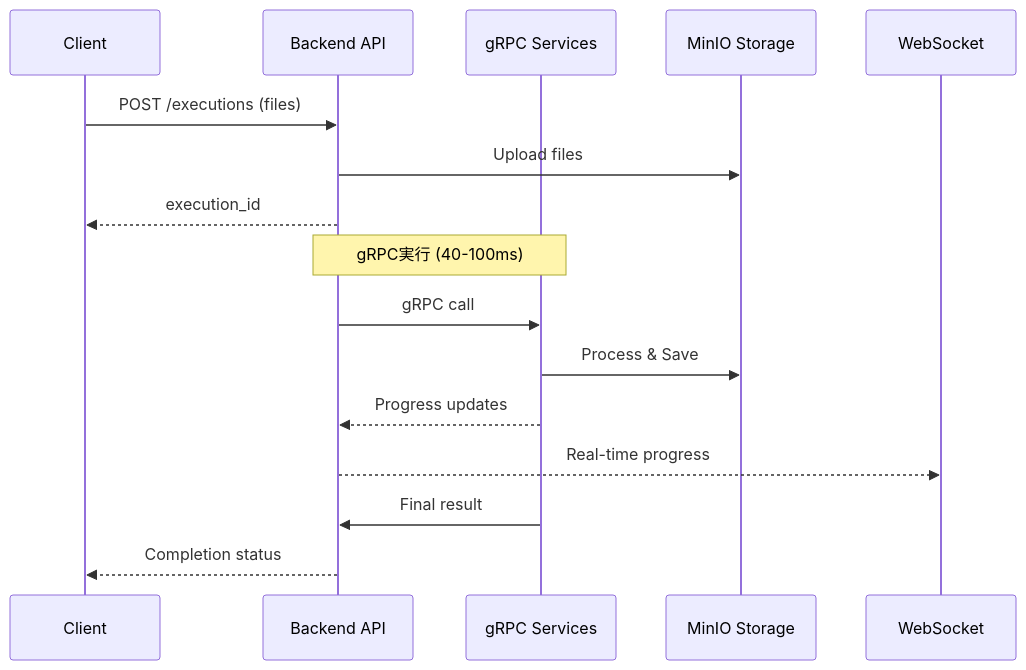
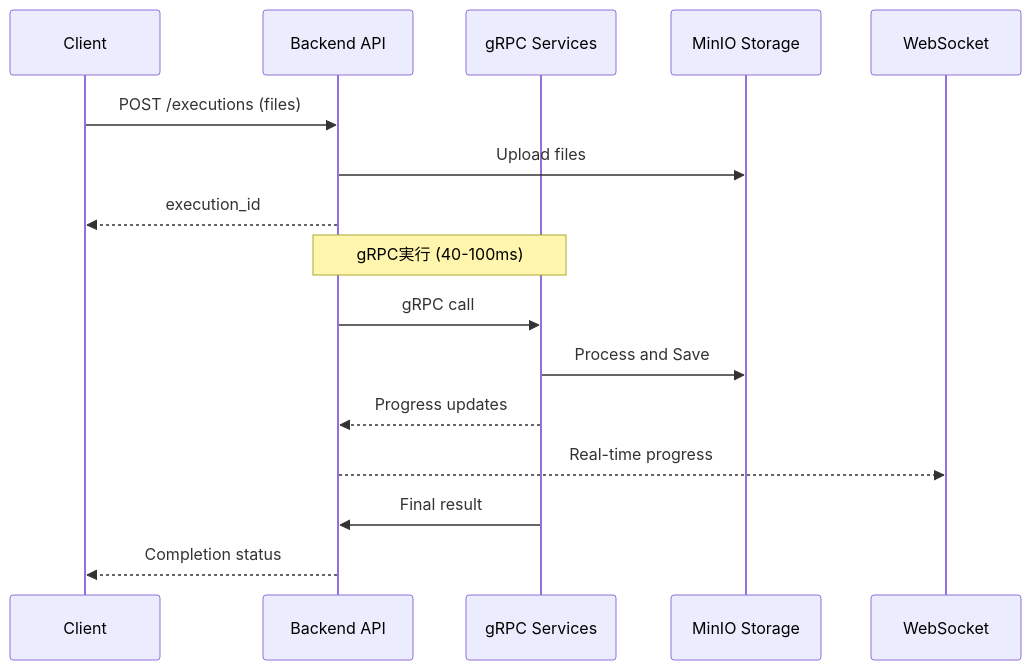
The second of 5 diagrams in docs/0300_設計_アプローチ1/0301_WebUI設計.md (daichiTAAA/ImageFlowCanvas), drawn with Mermaid before and after one commit. The commit also changed other lines of this file and 1 other file, not shown here.

````diff
--- a/docs/0300_設計_アプローチ1/0301_WebUI設計.md
+++ b/docs/0300_設計_アプローチ1/0301_WebUI設計.md
@@ -112,20 +112,20 @@
 ```mermaid
 sequenceDiagram
     participant C as Client
     participant API as Backend API
     participant gRPC as gRPC Services
     participant MinIO as MinIO Storage
     participant WS as WebSocket
 
     C->>API: POST /executions (files)
     API->>MinIO: Upload files
     API-->>C: execution_id
     
     Note over API,gRPC: gRPC実行 (40-100ms)
     API->>gRPC: gRPC call
-    gRPC->>MinIO: Process & Save
+    gRPC->>MinIO: Process and Save
     gRPC-->>API: Progress updates
     API-->>WS: Real-time progress
     gRPC->>API: Final result
     API-->>C: Completion status
 ```
````
